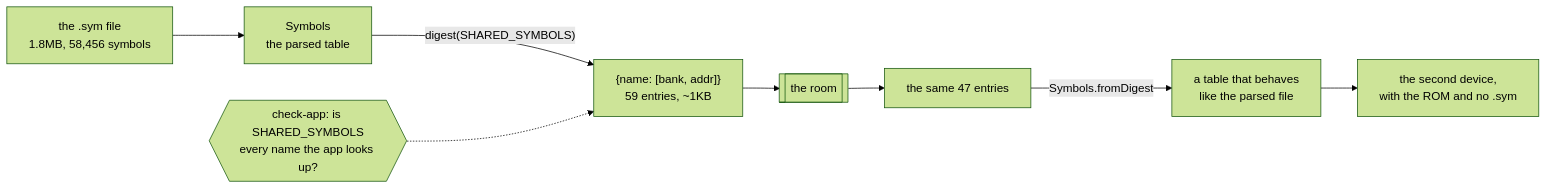
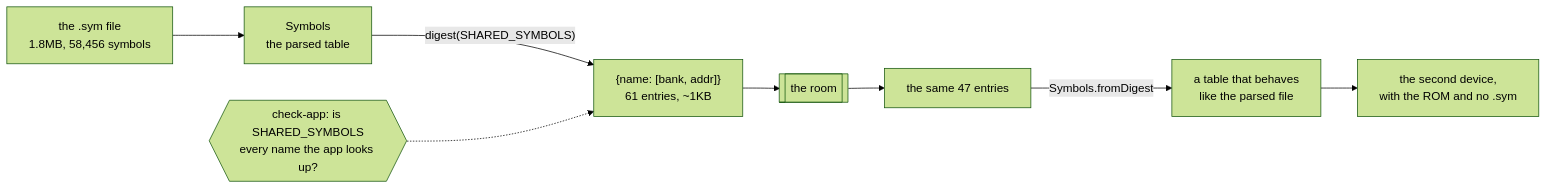
One commit to minormending/crystal-pilot-mobile changed diagram 46 of 47 in docs/CODE.md. Above: the diagram before and after it, drawn with Mermaid (forest theme). The commit also changed other lines of this file and 16 other files, not shown here.

````diff
--- a/docs/CODE.md
+++ b/docs/CODE.md
@@ -5661,10 +5771,10 @@
 ```mermaid
 flowchart LR
     F["the .sym file<br/>1.8MB, 58,456 symbols"] --> S["Symbols<br/>the parsed table"]
-    S -->|"digest(SHARED_SYMBOLS)"| D["{name: [bank, addr]}<br/>59 entries, ~1KB"]
+    S -->|"digest(SHARED_SYMBOLS)"| D["{name: [bank, addr]}<br/>61 entries, ~1KB"]
     D --> R[["the room"]]
     R --> D2["the same 47 entries"]
     D2 -->|"Symbols.fromDigest"| T["a table that behaves<br/>like the parsed file"]
     T --> APP["the second device,<br/>with the ROM and no .sym"]
     C{{"check-app: is SHARED_SYMBOLS<br/>every name the app looks up?"}} -.-> D
 ```
````
